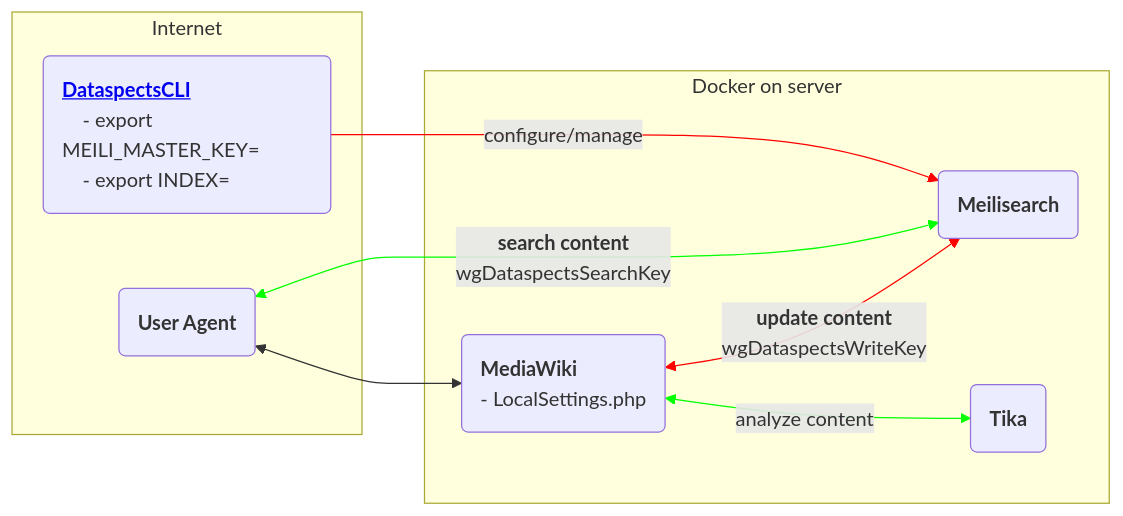
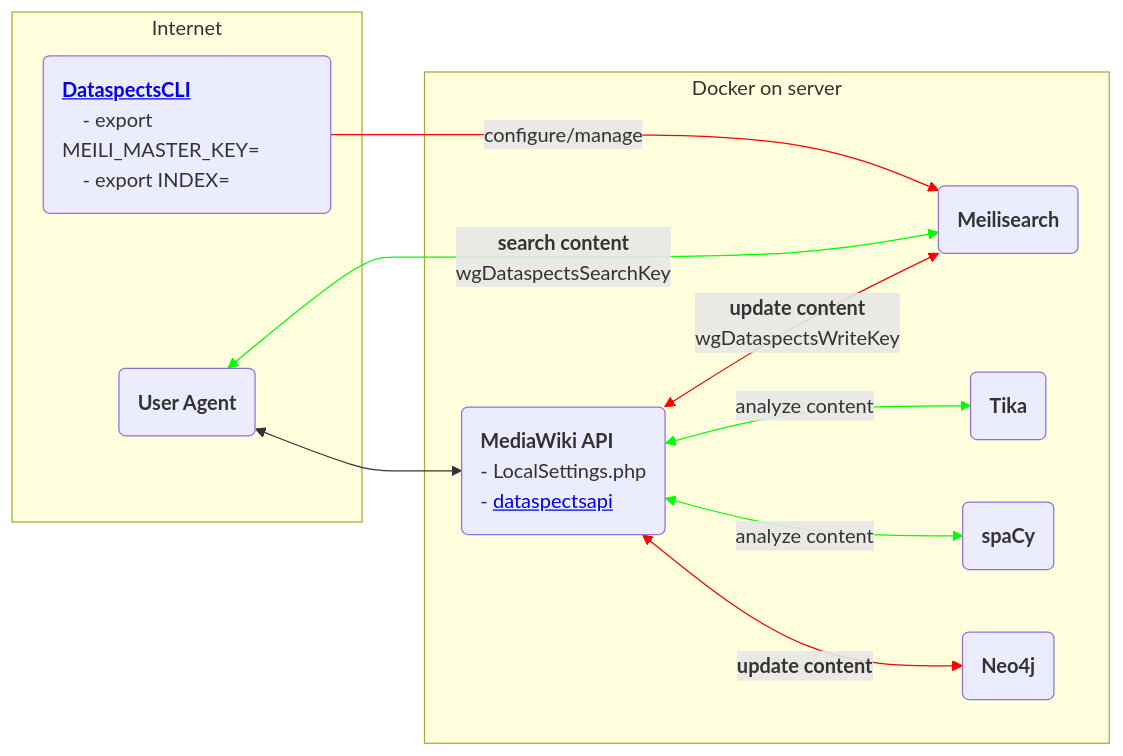
One commit to dataspects/mediawiki-extensions-Dataspects changed the diagram in README.md. Above: the diagram before and after it, drawn with Mermaid. The commit also changed other lines of this file and 2 other files, not shown here.

Commit message:
Removed wgDataspectsNeo4* JS vars

````diff
--- a/README.md
+++ b/README.md
@@ -7,27 +7,32 @@
 ```mermaid
 flowchart LR
 
   subgraph Docker on server
-    mediawiki("<b>MediaWiki</b>
-    - LocalSettings.php")
+    mediawiki("<b>MediaWiki API</b>
+    - LocalSettings.php
+    - <a href='https://mwstakeorg.dataspects.com/w/api.php?action=help&modules=dataspectsapi'>dataspectsapi</a>")
     meilisearch("<b>Meilisearch</b>")
     tika("<b>Tika</b>")
+    spacy("<b>spaCy</b>")
+    neo4j("<b>Neo4j</b>")
   end
 
   subgraph Internet
     userAgent("<b>User Agent</b>")
     DataspectsCLI("<b><a href='https://github.com/dataspects/DataspectsCLI'>DataspectsCLI</a></b>
     - export MEILI_MASTER_KEY=
     - export INDEX=")
   end
 
   DataspectsCLI-->|configure/manage|meilisearch
   userAgent<-->|<b>search content</b><br/>wgDataspectsSearchKey|meilisearch
   userAgent<-->mediawiki
   mediawiki<-->|<b>update content</b><br/>wgDataspectsWriteKey|meilisearch
   mediawiki<-->|analyze content|tika
+  mediawiki<-->|analyze content|spacy
+  mediawiki<-->|<b>update content</b>|neo4j
 
 classDef default text-align:left;
-linkStyle 0,3 stroke:#ff0000
-linkStyle 1,4 stroke:#00ff00
+linkStyle 0,3,6 stroke:#ff0000
+linkStyle 1,4,5 stroke:#00ff00
 ```
````
